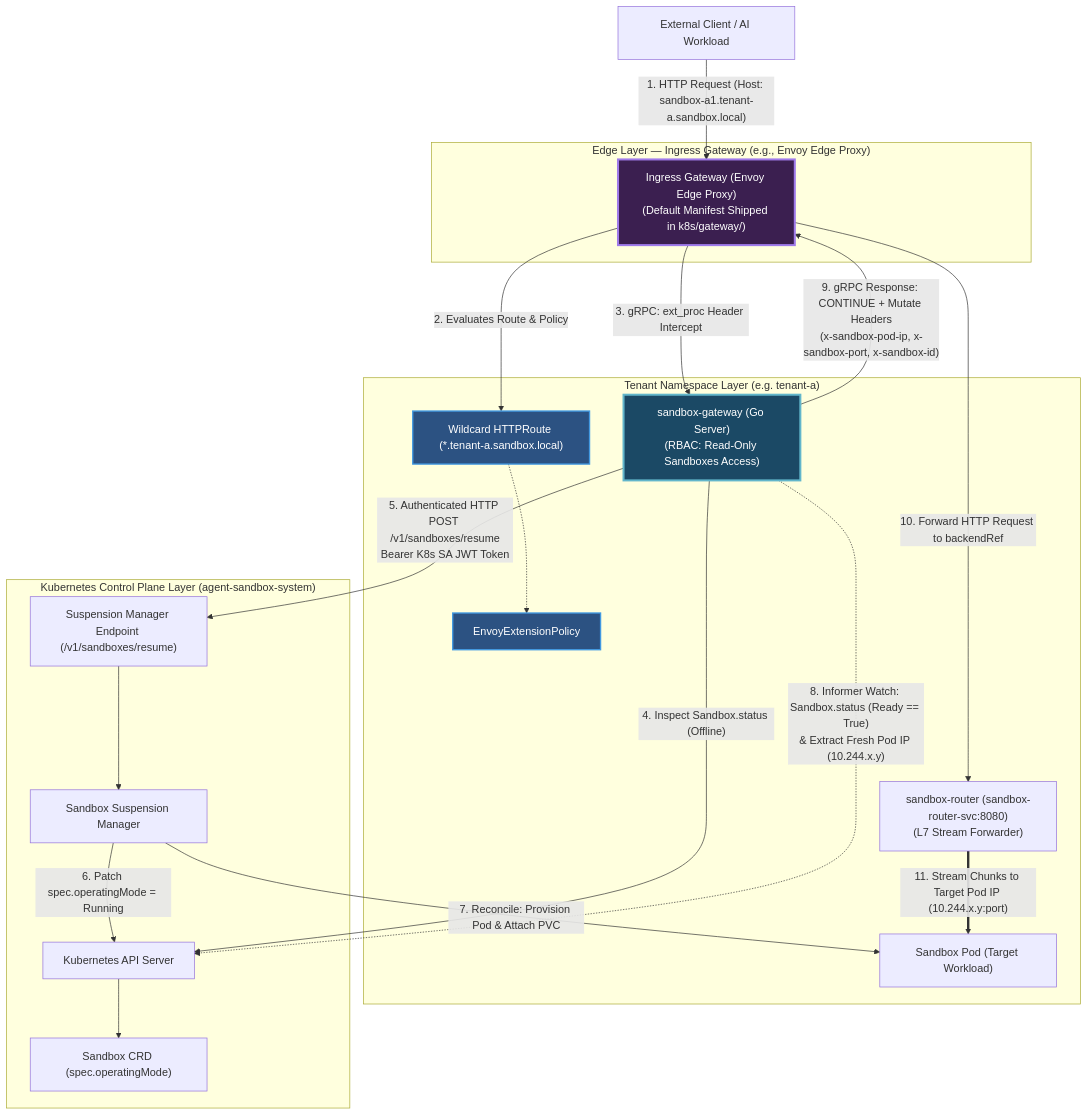
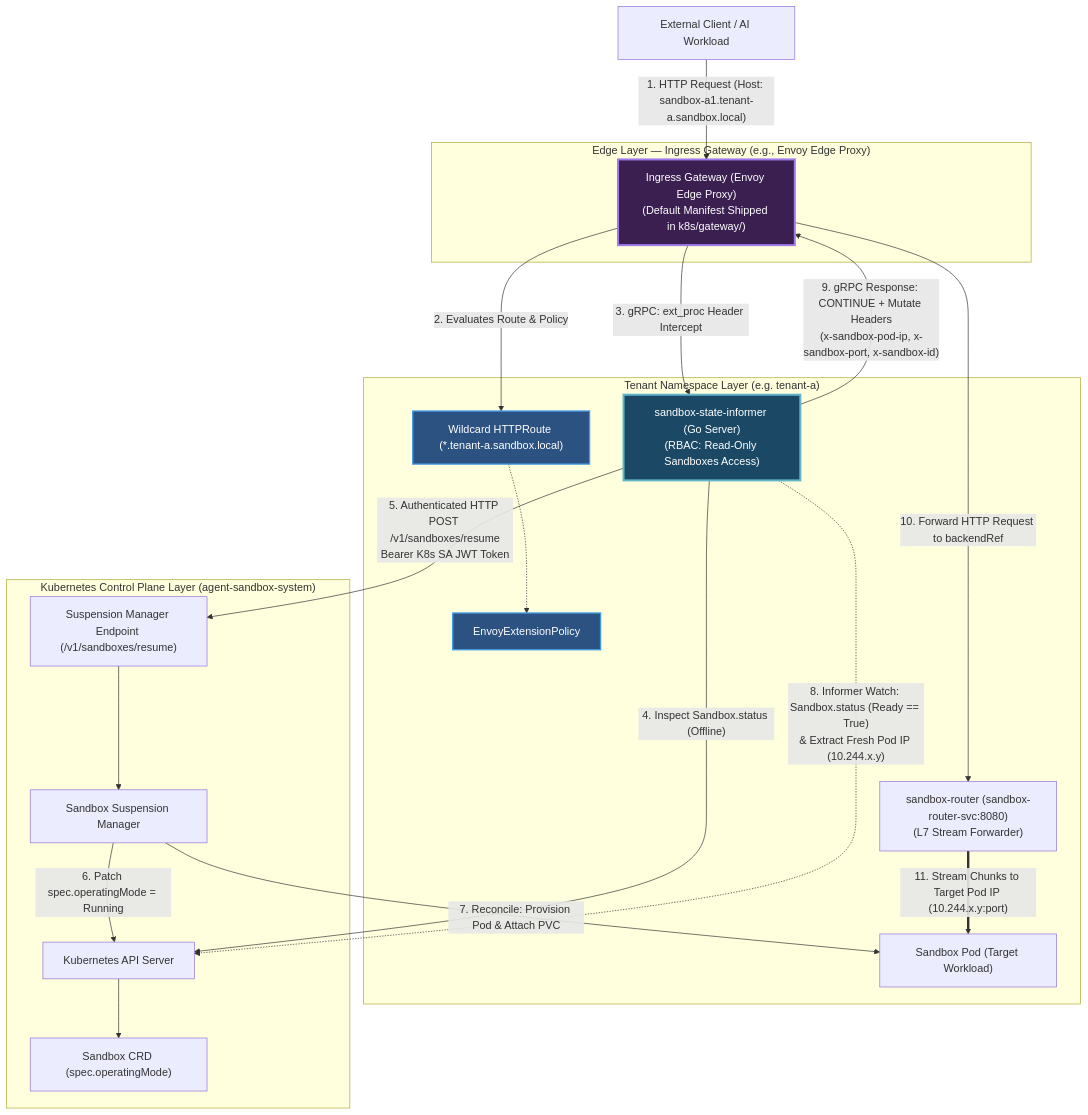
The second of 3 diagrams in docs/keps/1174-agent-sandbox-gateway/README.md (kubernetes-sigs/agent-sandbox), drawn with Mermaid before and after one commit. The commit also changed other lines of this file and 7 other files, not shown here.

Commit message:
Update name from sandbox-gateway to sandbox-state-informer.

````diff
--- a/docs/keps/1174-agent-sandbox-gateway/README.md
+++ b/docs/keps/1174-agent-sandbox-gateway/README.md
@@ -145,47 +145,47 @@
 ```mermaid
 flowchart TB
     Client["External Client / AI Workload"]
 
     subgraph Edge["Edge Layer — Ingress Gateway (e.g., Envoy Edge Proxy)"]
         EnvoyProxy["Ingress Gateway (Envoy Edge Proxy)<br/>(Default Manifest Shipped in k8s/gateway/)"]
     end
 
     subgraph Tenant["Tenant Namespace Layer (e.g. tenant-a)"]
         HTTPRoute["Wildcard HTTPRoute (*.tenant-a.sandbox.local)"]
         EnvoyPolicy["EnvoyExtensionPolicy"]
-        CalloutService["sandbox-gateway (Go Server)<br/>(RBAC: Read-Only Sandboxes Access)"]
+        CalloutService["sandbox-state-informer (Go Server)<br/>(RBAC: Read-Only Sandboxes Access)"]
         SandboxRouter["sandbox-router (sandbox-router-svc:8080)<br/>(L7 Stream Forwarder)"]
         SandboxPod["Sandbox Pod (Target Workload)"]
     end
 
     subgraph ControlPlane["Kubernetes Control Plane Layer (agent-sandbox-system)"]
         CtrlEndpoint["Suspension Manager Endpoint (/v1/sandboxes/resume)"]
         SandboxCtrl["Sandbox Suspension Manager"]
         APIServer["Kubernetes API Server"]
         SandboxCRD["Sandbox CRD (spec.operatingMode)"]
     end
 
     Client -->|"1. HTTP Request (Host: sandbox-a1.tenant-a.sandbox.local)"| EnvoyProxy
     EnvoyProxy -->|"2. Evaluates Route & Policy"| HTTPRoute
     HTTPRoute -.-> EnvoyPolicy
     EnvoyProxy -->|"3. gRPC: ext_proc Header Intercept"| CalloutService
     CalloutService -->|"4. Inspect Sandbox.status (Offline)"| APIServer
     
     CalloutService -->|"5. Authenticated HTTP POST /v1/sandboxes/resume<br/>Bearer K8s SA JWT Token"| CtrlEndpoint
     CtrlEndpoint --> SandboxCtrl
     SandboxCtrl -->|"6. Patch spec.operatingMode = Running"| APIServer
     APIServer --> SandboxCRD
     SandboxCtrl -->|"7. Reconcile: Provision Pod & Attach PVC"| SandboxPod
     
     CalloutService -.->|"8. Informer Watch: Sandbox.status (Ready == True)<br/>& Extract Fresh Pod IP (10.244.x.y)"| APIServer
     CalloutService -->|"9. gRPC Response: CONTINUE + Mutate Headers<br/>(x-sandbox-pod-ip, x-sandbox-port, x-sandbox-id)"| EnvoyProxy
     EnvoyProxy -->|"10. Forward HTTP Request to backendRef"| SandboxRouter
     SandboxRouter ==>|"11. Stream Chunks to Target Pod IP (10.244.x.y:port)"| SandboxPod
 
     classDef proposed fill:#1b4965,stroke:#62b6cb,stroke-width:3px,color:#ffffff;
     classDef manifest fill:#2c5282,stroke:#4299e1,stroke-width:2px,color:#ffffff;
     classDef defaultGateway fill:#3b1f50,stroke:#9f7aea,stroke-width:3px,color:#ffffff;
     class CalloutService proposed;
     class HTTPRoute,EnvoyPolicy manifest;
     class EnvoyProxy defaultGateway;
 ```
````
